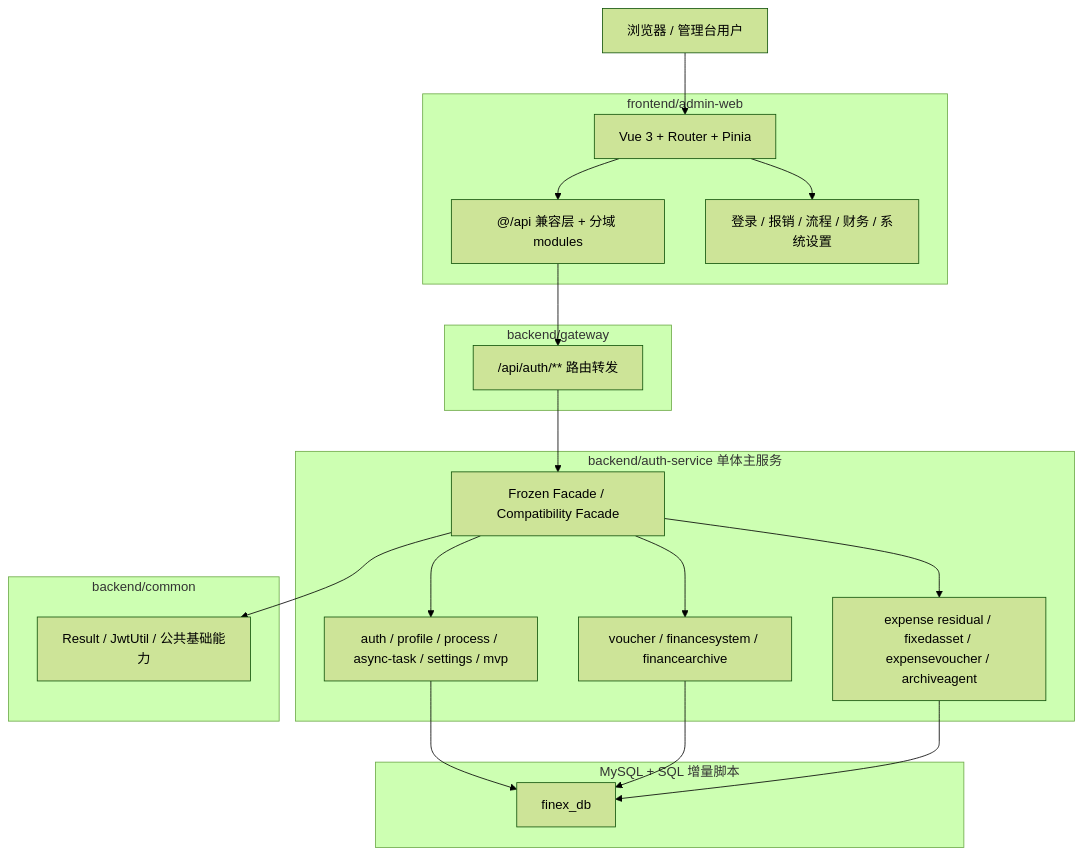
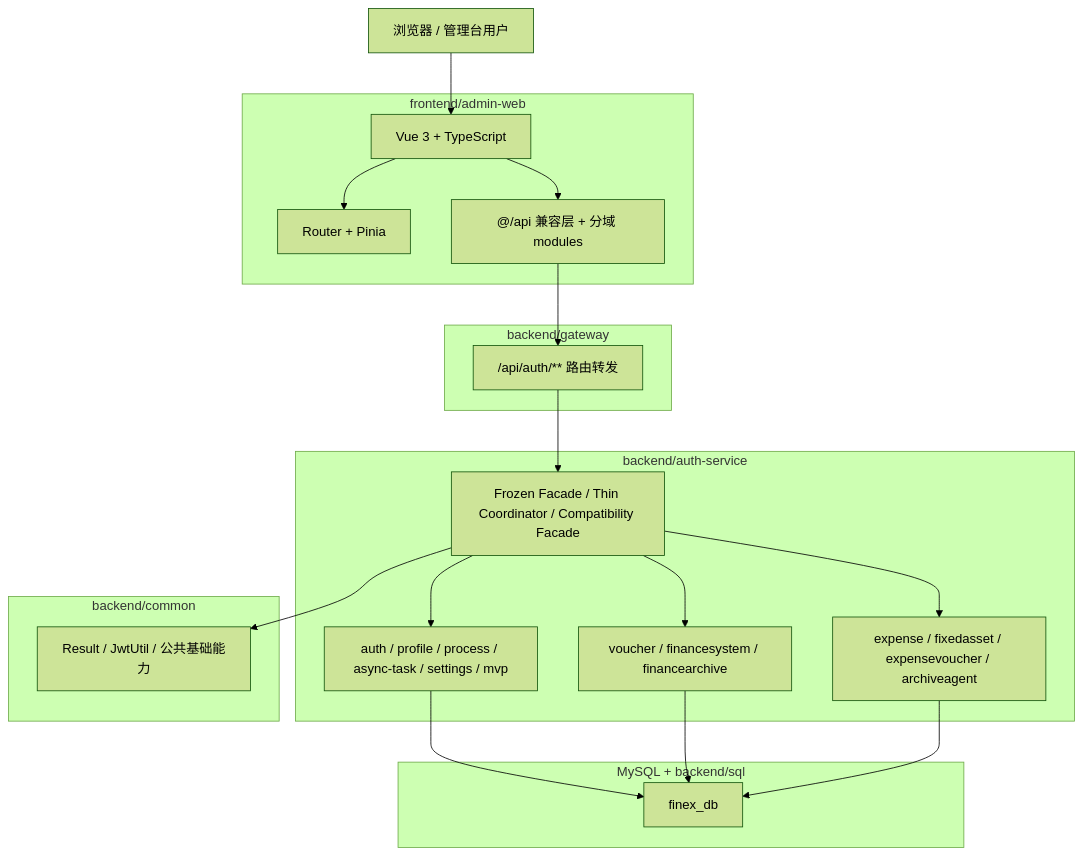
The first of 2 diagrams in 当前实现架构图与演进路线图.md (funsir555/Reimbursement-System), drawn with Mermaid (forest theme) before and after one commit. The commit also changed other lines of this file and 105 other files, not shown here.

````diff
--- a/当前实现架构图与演进路线图.md
+++ b/当前实现架构图与演进路线图.md
@@ -15,42 +19,42 @@
 ```mermaid
 flowchart TB
     U["浏览器 / 管理台用户"]
 
     subgraph FE["frontend/admin-web"]
-        FE_APP["Vue 3 + Router + Pinia"]
+        FE_APP["Vue 3 + TypeScript"]
+        FE_STATE["Router + Pinia"]
         FE_API["@/api 兼容层 + 分域 modules"]
-        FE_PAGES["登录 / 报销 / 流程 / 财务 / 系统设置"]
     end
 
     subgraph GW["backend/gateway"]
         GW_ROUTE["/api/auth/** 路由转发"]
     end
 
-    subgraph AUTH["backend/auth-service 单体主服务"]
-        AUTH_FROZEN["Frozen Facade / Compatibility Facade"]
-        AUTH_OWNER1["auth / profile / process / async-task / settings / mvp"]
-        AUTH_OWNER2["voucher / financesystem / financearchive"]
-        AUTH_OWNER3["expense residual / fixedasset / expensevoucher / archiveagent"]
+    subgraph AUTH["backend/auth-service"]
+        AUTH_FACADE["Frozen Facade / Thin Coordinator / Compatibility Facade"]
+        AUTH_DOMAIN1["auth / profile / process / async-task / settings / mvp"]
+        AUTH_DOMAIN2["voucher / financesystem / financearchive"]
+        AUTH_DOMAIN3["expense / fixedasset / expensevoucher / archiveagent"]
     end
 
     subgraph COMMON["backend/common"]
         COMMON_BASE["Result / JwtUtil / 公共基础能力"]
     end
 
-    subgraph DB["MySQL + SQL 增量脚本"]
+    subgraph DB["MySQL + backend/sql"]
         DB_SCHEMA["finex_db"]
     end
 
     U --> FE_APP
+    FE_APP --> FE_STATE
     FE_APP --> FE_API
-    FE_APP --> FE_PAGES
     FE_API --> GW_ROUTE
-    GW_ROUTE --> AUTH_FROZEN
-    AUTH_FROZEN --> AUTH_OWNER1
-    AUTH_FROZEN --> AUTH_OWNER2
-    AUTH_FROZEN --> AUTH_OWNER3
-    AUTH_FROZEN --> COMMON_BASE
-    AUTH_OWNER1 --> DB_SCHEMA
-    AUTH_OWNER2 --> DB_SCHEMA
-    AUTH_OWNER3 --> DB_SCHEMA
+    GW_ROUTE --> AUTH_FACADE
+    AUTH_FACADE --> AUTH_DOMAIN1
+    AUTH_FACADE --> AUTH_DOMAIN2
+    AUTH_FACADE --> AUTH_DOMAIN3
+    AUTH_DOMAIN1 --> DB_SCHEMA
+    AUTH_DOMAIN2 --> DB_SCHEMA
+    AUTH_DOMAIN3 --> DB_SCHEMA
+    AUTH_FACADE --> COMMON_BASE
 ```
````
